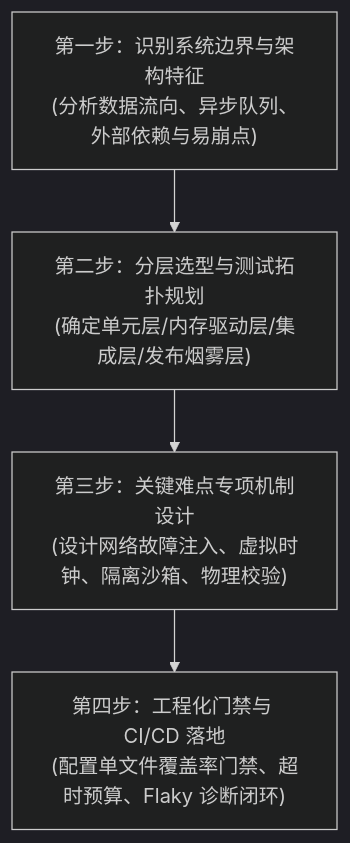
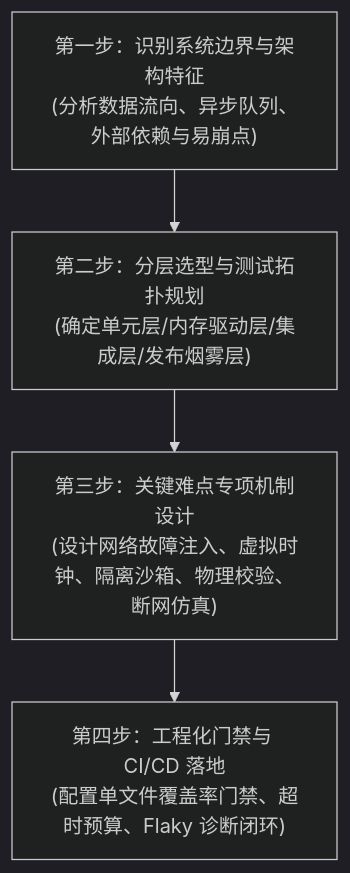
One commit to wangtester/open-source-test-schemes changed the diagram in README.md. Above: the diagram before and after it, drawn with Mermaid (dark theme). The commit also changed other lines of this file and 10 other files, not shown here.

````diff
--- a/README.md
+++ b/README.md
@@ -82,6 +119,6 @@
 ```mermaid
 flowchart TD
     A["第一步：识别系统边界与架构特征<br/>(分析数据流向、异步队列、外部依赖与易崩点)"] --> B["第二步：分层选型与测试拓扑规划<br/>(确定单元层/内存驱动层/集成层/发布烟雾层)"]
-    B --> C["第三步：关键难点专项机制设计<br/>(设计网络故障注入、虚拟时钟、隔离沙箱、物理校验)"]
+    B --> C["第三步：关键难点专项机制设计<br/>(设计网络故障注入、虚拟时钟、隔离沙箱、物理校验、断网仿真)"]
     C --> D["第四步：工程化门禁与 CI/CD 落地<br/>(配置单文件覆盖率门禁、超时预算、Flaky 诊断闭环)"]
 ```
````
